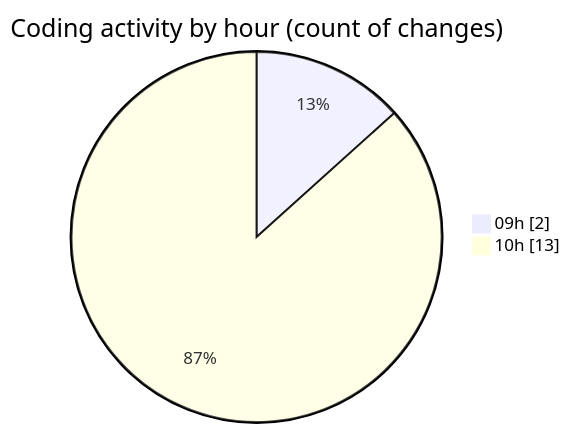
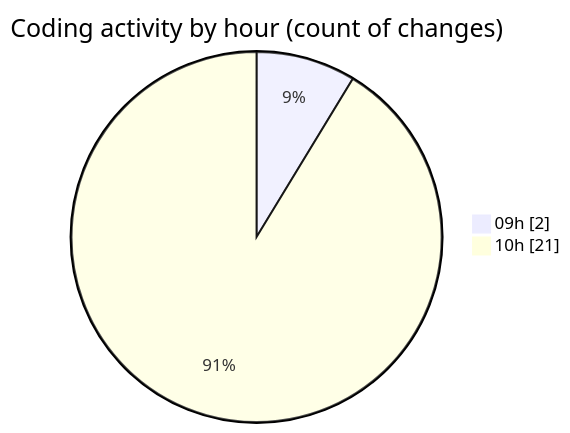
One commit to LanceThiago/code-tracking changed the second of 2 diagrams in 2025-03-27/kml/README.md. Above: the diagram before and after it, drawn with Mermaid. The commit also changed other lines of this file and 1 other file, not shown here.

````diff
--- a/2025-03-27/kml/README.md
+++ b/2025-03-27/kml/README.md
@@ -38,6 +40,6 @@
 ```mermaid
 pie showData
 title Coding activity by hour (count of changes)
 "09h" : 2
-"10h" : 13
+"10h" : 21
 ```
````
